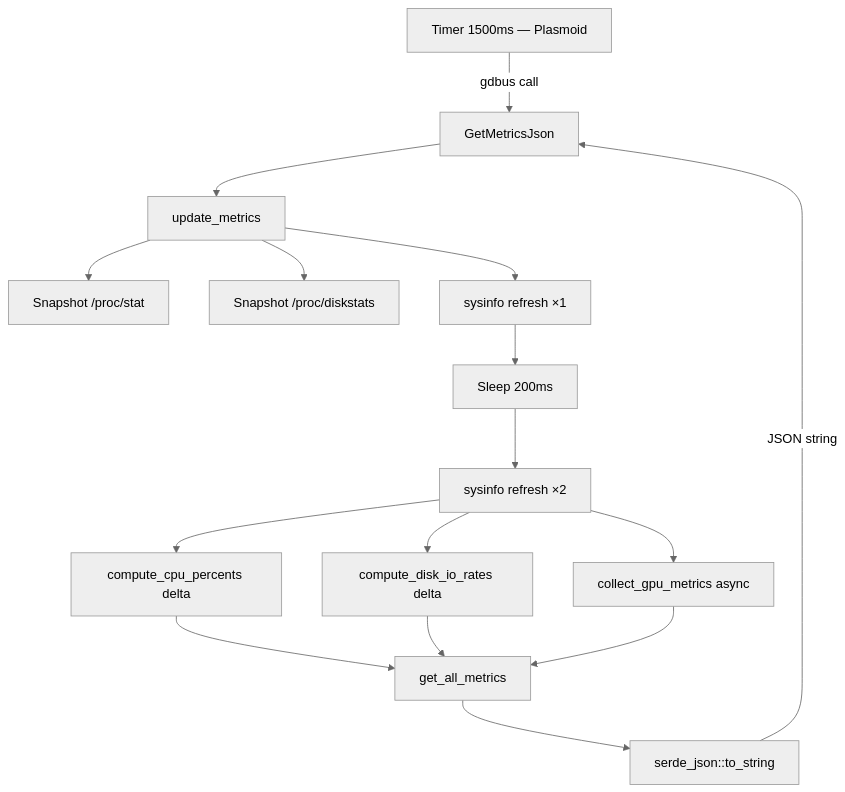
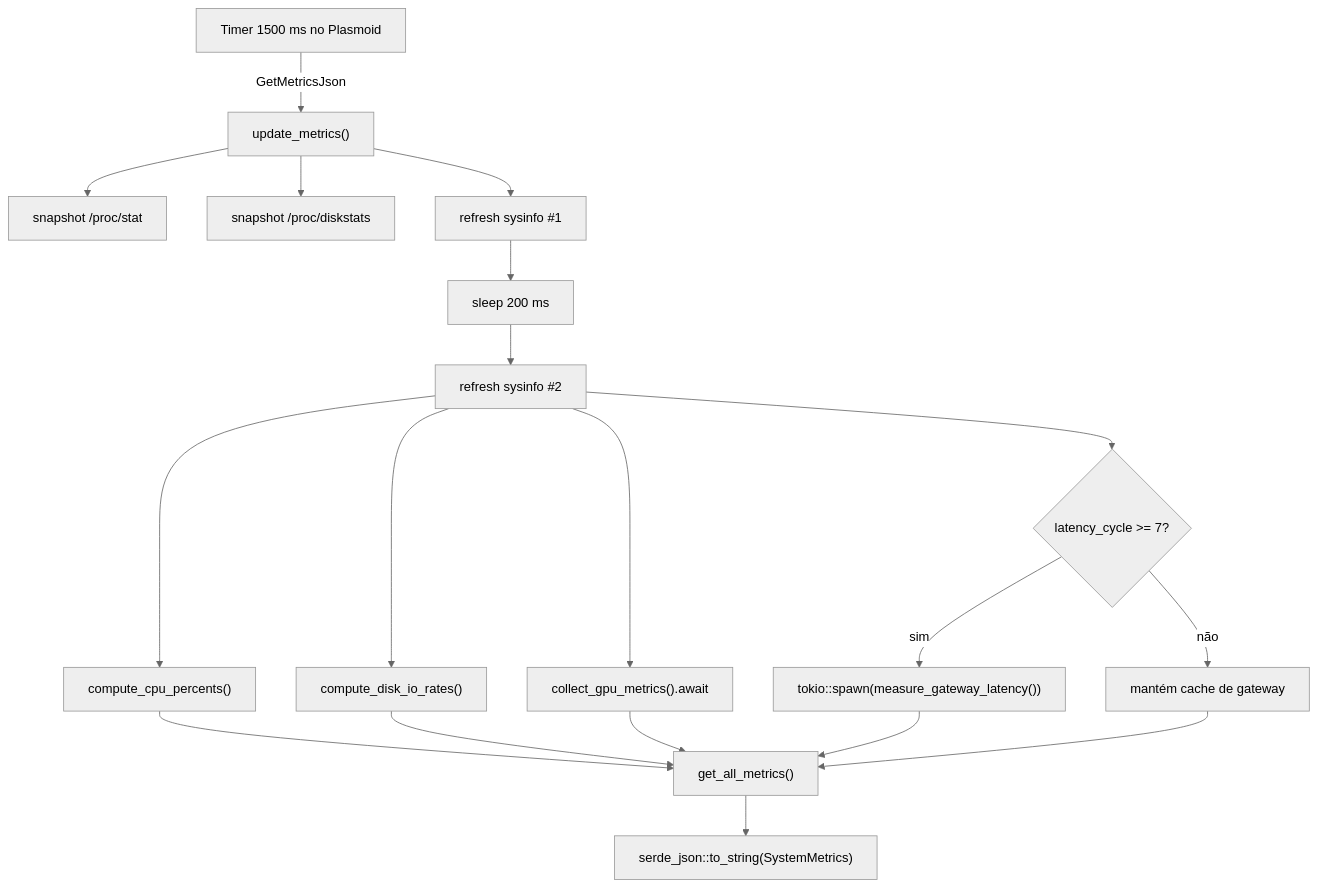
Before and after one commit to marcos2872/rust-monitor-tray: the diagram in docs/backend.md, drawn with Mermaid (neutral theme). The commit also changed other lines of this file and 8 other files, not shown here.

````diff
--- a/docs/backend.md
+++ b/docs/backend.md
@@ -34,16 +35,21 @@
 ```mermaid
 flowchart TD
-    A[Timer 1500ms — Plasmoid] -->|gdbus call| B[GetMetricsJson]
-    B --> C[update_metrics]
-    C --> C1[Snapshot /proc/stat]
-    C --> C2[Snapshot /proc/diskstats]
-    C --> C3[sysinfo refresh ×1]
-    C3 --> D[Sleep 200ms]
-    D --> E[sysinfo refresh ×2]
-    E --> F1[compute_cpu_percents delta]
-    E --> F2[compute_disk_io_rates delta]
-    E --> F3[collect_gpu_metrics async]
-    F1 & F2 & F3 --> G[get_all_metrics]
-    G --> H[serde_json::to_string]
-    H -->|JSON string| B
+    A["Timer 1500 ms no Plasmoid"] -->|GetMetricsJson| B["update_metrics()"]
+    B --> C1["snapshot /proc/stat"]
+    B --> C2["snapshot /proc/diskstats"]
+    B --> C3["refresh sysinfo #1"]
+    C3 --> D["sleep 200 ms"]
+    D --> E["refresh sysinfo #2"]
+    E --> F1["compute_cpu_percents()"]
+    E --> F2["compute_disk_io_rates()"]
+    E --> F3["collect_gpu_metrics().await"]
+    E --> F4{"latency_cycle >= 7?"}
+    F4 -->|sim| G["tokio::spawn(measure_gateway_latency())"]
+    F4 -->|não| H["mantém cache de gateway"]
+    F1 --> I["get_all_metrics()"]
+    F2 --> I
+    F3 --> I
+    G --> I
+    H --> I
+    I --> J["serde_json::to_string(SystemMetrics)"]
 ```
````
